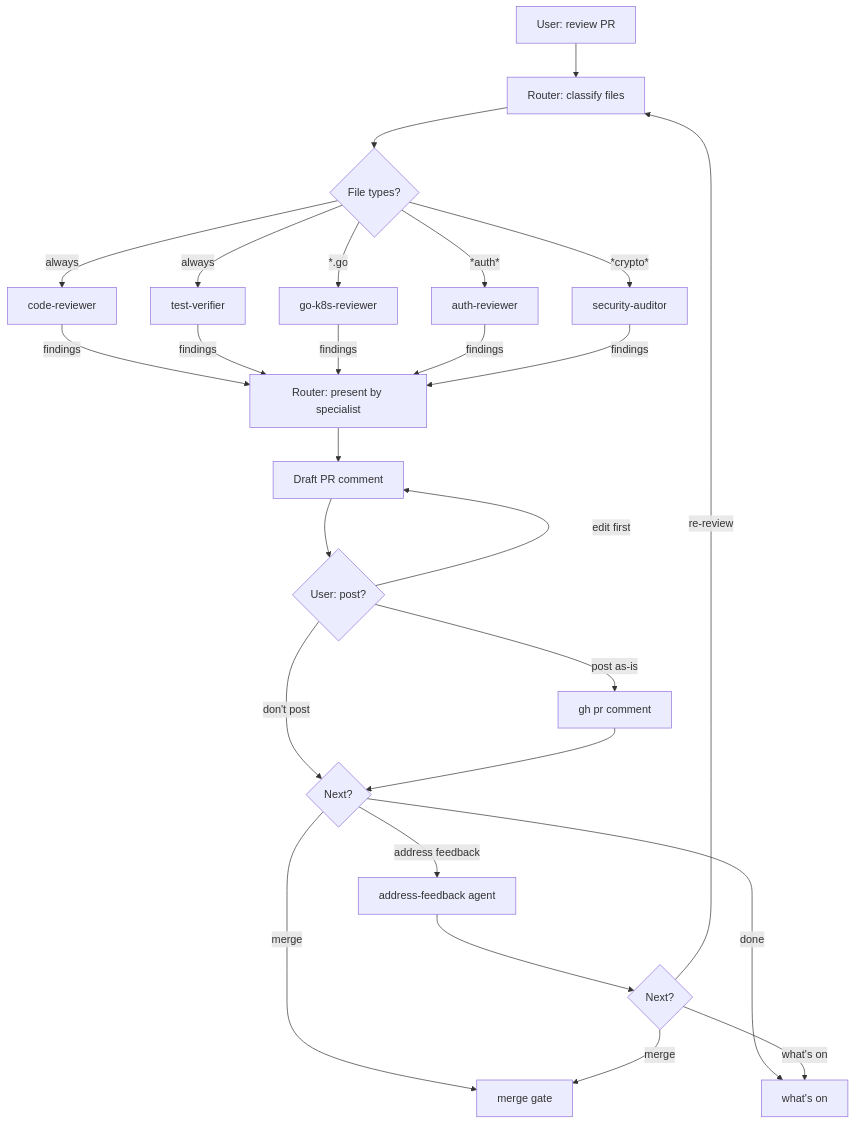
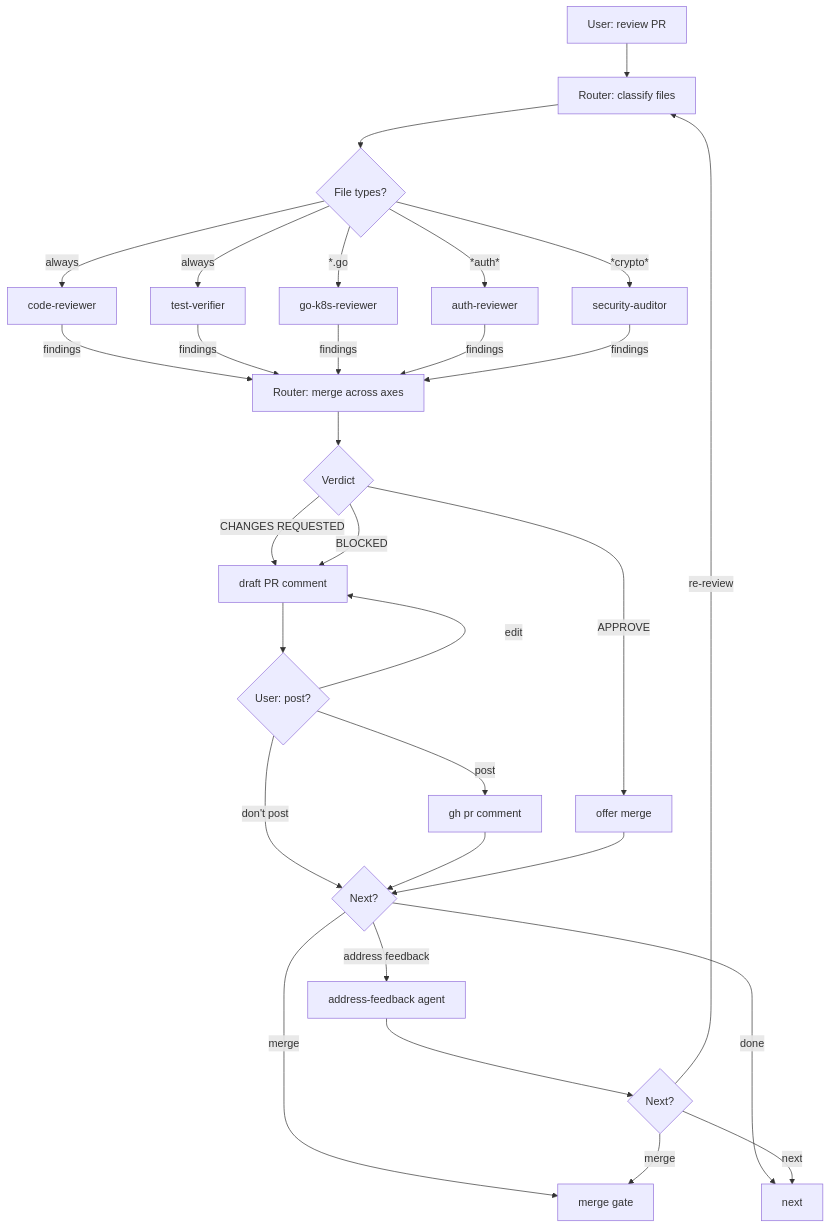
One commit to jasonmadigan/clawdio changed the second of 4 diagrams in README.md. Above: the diagram before and after it, drawn with Mermaid. The commit also changed other lines of this file and 1 other file, not shown here.

Commit message:
docs: fix review flow diagram, add missing key files, add Args to README skills table

````diff
--- a/README.md
+++ b/README.md
@@ -83,24 +83,28 @@
 ```mermaid
 graph TD
     A[User: review PR] --> B[Router: classify files]
     B --> C{File types?}
     C -->|always| D[code-reviewer]
     C -->|always| E[test-verifier]
     C -->|*.go| F[go-k8s-reviewer]
     C -->|*auth*| G[auth-reviewer]
     C -->|*crypto*| H[security-auditor]
-    D & E & F & G & H -->|findings| I[Router: present by specialist]
-    I --> J[Draft PR comment]
-    J --> K{User: post?}
-    K -->|post as-is| L[gh pr comment]
-    K -->|edit first| J
-    K -->|don't post| M{Next?}
-    L --> M
-    M -->|address feedback| N[address-feedback agent]
-    M -->|merge| O[merge gate]
-    M -->|done| P[what's on]
-    N --> Q{Next?}
-    Q -->|re-review| B
-    Q -->|merge| O
-    Q -->|what's on| P
+    D & E & F & G & H -->|findings| I[Router: merge across axes]
+    I --> J{Verdict}
+    J -->|APPROVE| K[offer merge]
+    J -->|CHANGES REQUESTED| L[draft PR comment]
+    J -->|BLOCKED| L
+    L --> M{User: post?}
+    M -->|post| N[gh pr comment]
+    M -->|edit| L
+    M -->|don't post| O{Next?}
+    N --> O
+    K --> O
+    O -->|address feedback| P[address-feedback agent]
+    O -->|merge| Q[merge gate]
+    O -->|done| R[next]
+    P --> S{Next?}
+    S -->|re-review| B
+    S -->|merge| Q
+    S -->|next| R
 ```
````
